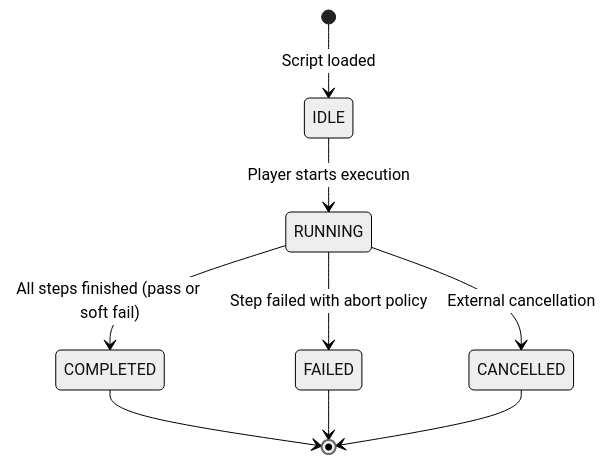
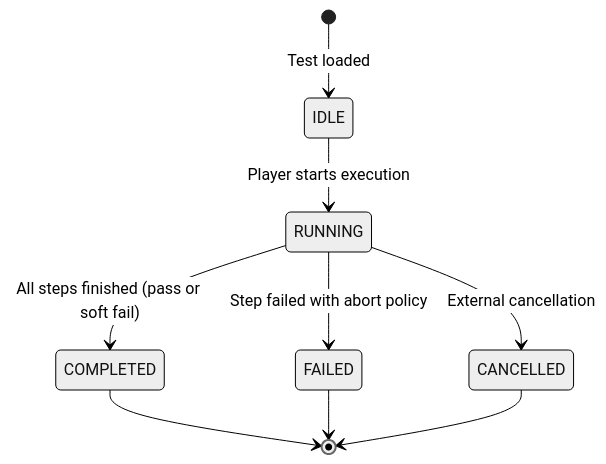
Before and after one commit to eclipse-tractusx/tractusx-testlab: the sixth of 8 diagrams in docs/specification/specification/data-models.md, drawn with Mermaid (neutral theme). The commit also changed other lines of this file and 267 other files, not shown here.

````diff
--- a/docs/specification/specification/data-models.md
+++ b/docs/specification/specification/data-models.md
@@ -435,11 +435,11 @@
 ```mermaid
 stateDiagram-v2
-    [*] --> IDLE : Script loaded
+    [*] --> IDLE : Test loaded
     IDLE --> RUNNING : Player starts execution
     RUNNING --> COMPLETED : All steps finished (pass or soft fail)
     RUNNING --> FAILED : Step failed with abort policy
     RUNNING --> CANCELLED : External cancellation
     COMPLETED --> [*]
     FAILED --> [*]
     CANCELLED --> [*]
 ```
````
